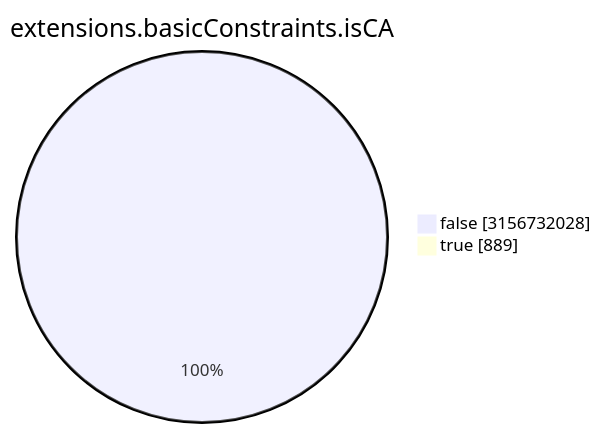
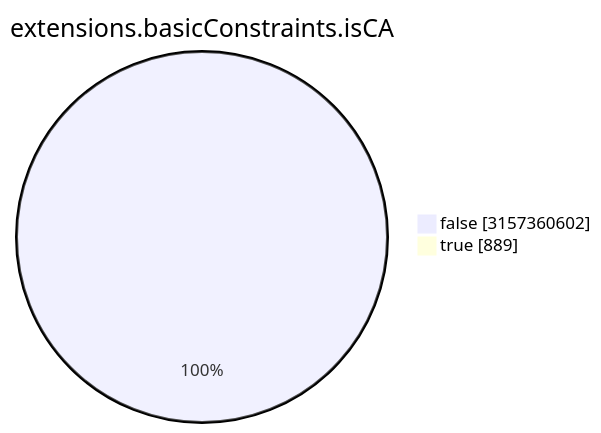
One commit to christiankrug/ctmonitor_visualization changed the seventh of 15 diagrams in TOTAL/README.md. Above: the diagram before and after it, drawn with Mermaid. The commit also changed other lines of this file, not shown here.

````diff
--- a/TOTAL/README.md
+++ b/TOTAL/README.md
@@ -3088,6 +3088,6 @@
 ```mermaid
 pie showData
 title extensions.basicConstraints.isCA
-"false" :3156732028
+"false" :3157360602
 "true" :889
 ```
````
